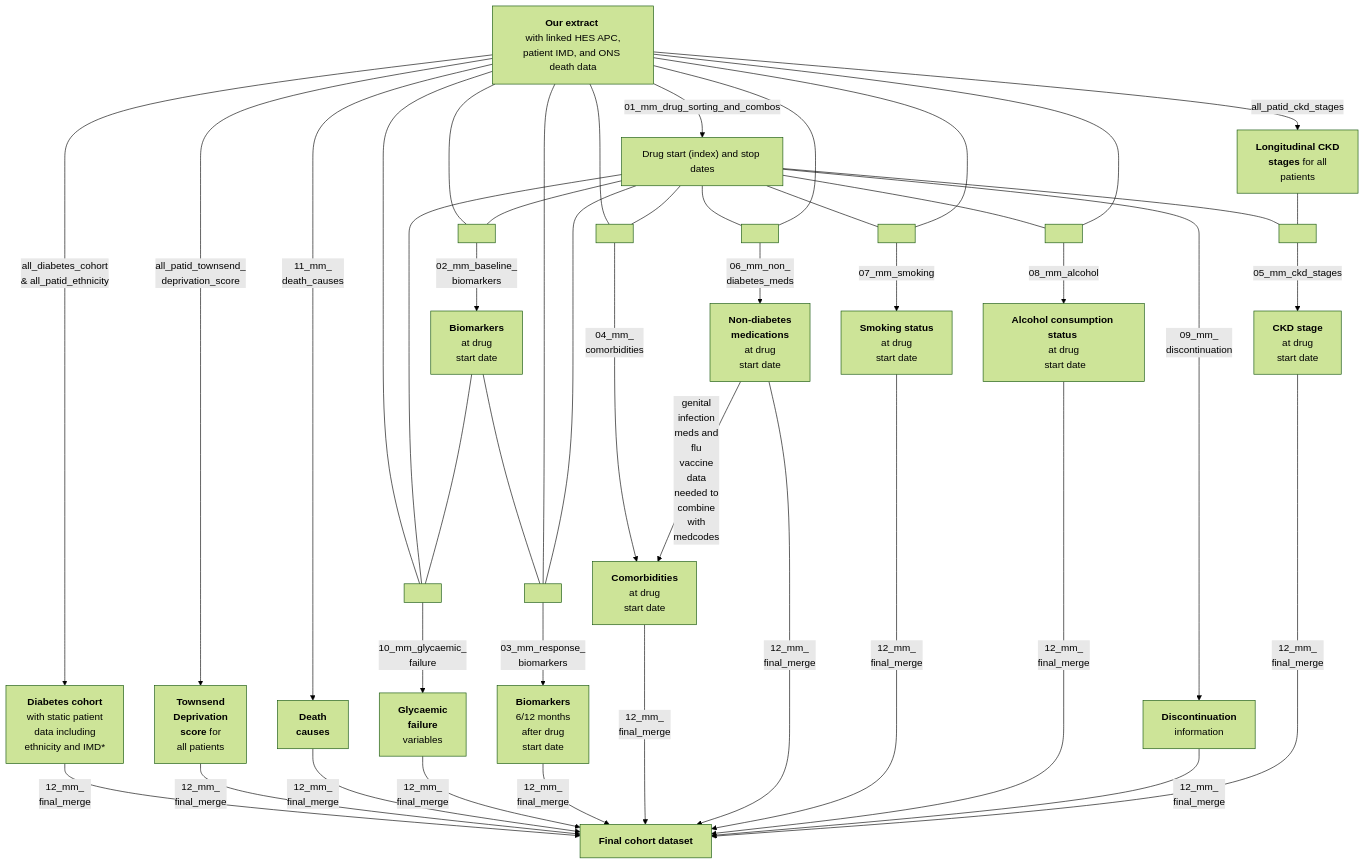
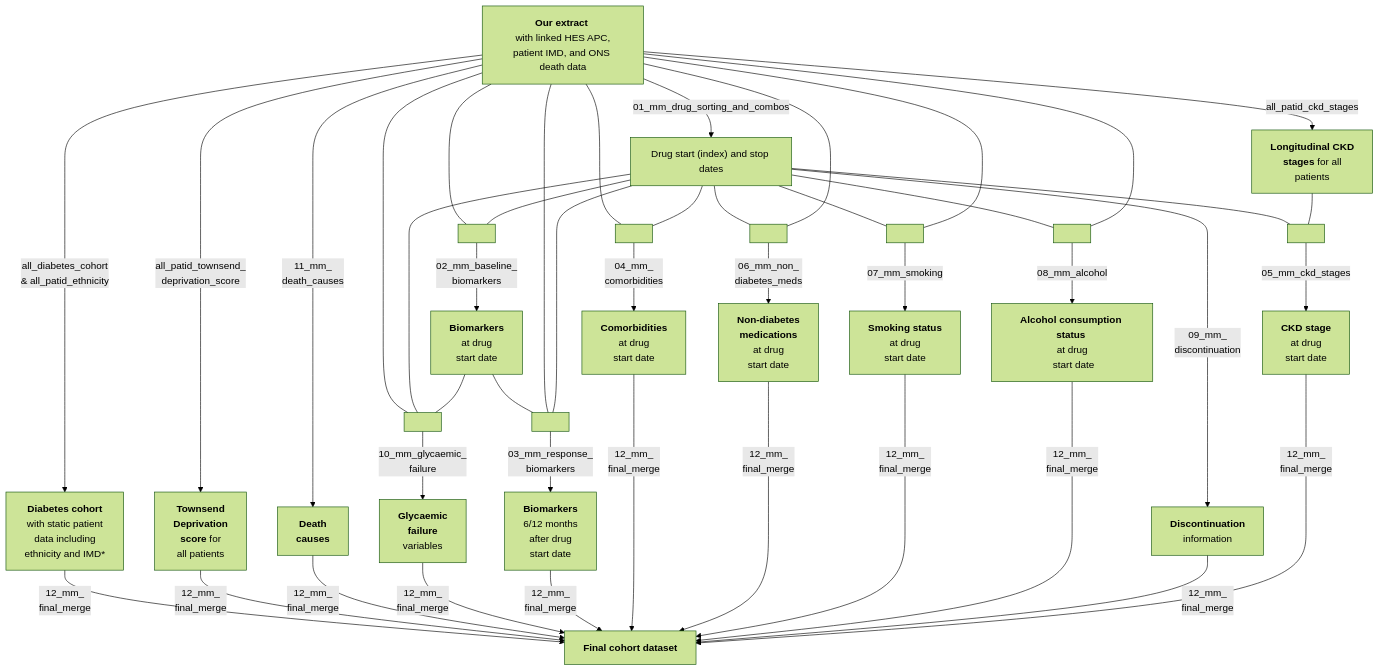
The diagram in 03-Treatment-response-(MASTERMIND)/README.md (Exeter-Diabetes/CPRD-Cohort-scripts), drawn with Mermaid (forest theme) before and after one commit.

````diff
--- a/03-Treatment-response-(MASTERMIND)/README.md
+++ b/03-Treatment-response-(MASTERMIND)/README.md
@@ -20,59 +20,57 @@
 ```mermaid
 graph TD;
     A["<b>Our extract</b> <br> with linked HES APC, patient IMD, and ONS death data"] --> |"all_diabetes_cohort <br> & all_patid_ethnicity"|B["<b>Diabetes cohort<br></b> with static patient <br>data including <br>ethnicity and IMD*"]
     A-->|"all_patid_townsend_<br>deprivation_score"|N["<b>Townsend<br> Deprivation<br>score</b> for<br> all patients"]
     A-->|"11_mm_<br>death_causes"|O["<b>Death<br>causes</b>"]
     A-->|"01_mm_drug_sorting_and_combos"|H["Drug start (index) and stop dates"]
 
     A---P[ ]:::empty
     H---P
     E---P
     P-->|"10_mm_glycaemic_<br>failure"|Q["<b>Glycaemic<br>failure</b><br>variables"]
 
     A---Y[ ]:::empty
     H---Y
     Y-->|"02_mm_baseline_<br>biomarkers"|E["<b>Biomarkers</b> <br> at drug <br> start date"]
 
     E---T[ ]:::empty
     A---T
     H---T
     T-->|"03_mm_response_<br>biomarkers"|L["<b>Biomarkers</b> <br> 6/12 months <br> after drug <br>start date"]
     
     A---W[ ]:::empty
     H---W
     W-->|"04_mm_<br>comorbidities"|F["<b>Comorbidities</b> <br> at drug <br> start date"]
     
     H---U[ ]:::empty
     A---U
     U-->|"06_mm_non_<br>diabetes_meds"|M["<b>Non-diabetes <br>medications</b> <br> at drug <br> start date"]
     
-    M-->|"genital<br>infection<br>meds and<br>flu<br>vaccine<br>data<br>needed to<br>combine<br>with<br>medcodes"|F
-    
     H---X[ ]:::empty
     A---X
     X-->|"07_mm_smoking"|G["<b>Smoking status</b> <br> at drug <br> start date"]
     
     H-->|"09_mm_<br>discontinuation"|V["<b>Discontinuation</b><br> information"]
 
     H---R[ ]:::empty
     A---R
     R-->|"08_mm_alcohol"|D["<b>Alcohol consumption status</b> <br> at drug <br> start date"]
  
     A-->|"all_patid_ckd_stages"|C["<b>Longitudinal CKD <br> stages</b> for all <br> patients"]
     H---Z[ ]:::empty
     C---Z
     Z-->|"05_mm_ckd_stages"|I["<b>CKD stage </b> <br> at drug <br> start date"]
     
     
     B-->|"12_mm_<br>final_merge"|J["<b>Final cohort dataset</b>"]
     N-->|"12_mm_<br>final_merge"|J
     O-->|"12_mm_<br>final_merge"|J
     Q-->|"12_mm_<br>final_merge"|J
     L-->|"12_mm_<br>final_merge"|J
     F-->|"12_mm_<br>final_merge"|J
     M-->|"12_mm_<br>final_merge"|J  
     G-->|"12_mm_<br>final_merge"|J
     D-->|"12_mm_<br>final_merge"|J
     V-->|"12_mm_<br>final_merge"|J
     I-->|"12_mm_<br>final_merge"|J  
 ```
````
